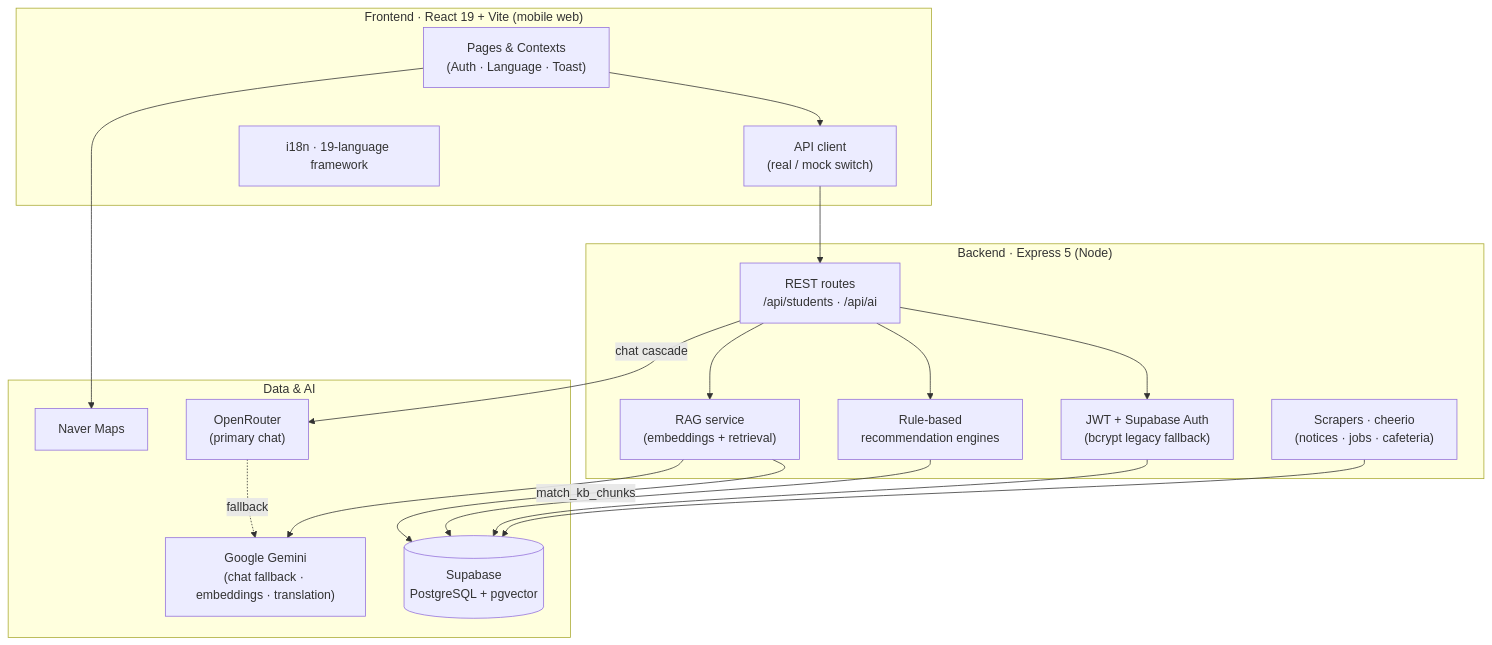
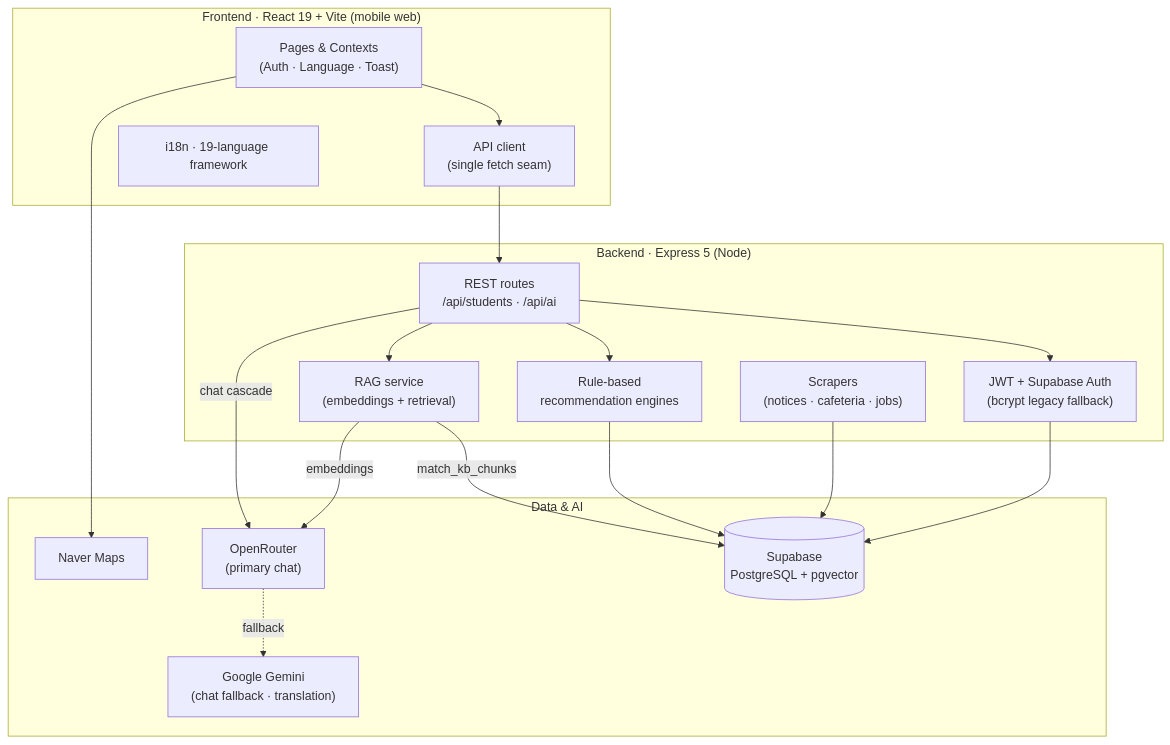
The second of 3 diagrams in README.md (Htet-Kaung-San/omo-korea), drawn with Mermaid before and after one commit. The commit also changed other lines of this file and 2 other files, not shown here.

````diff
--- a/README.md
+++ b/README.md
@@ -77,34 +161,34 @@
 ```mermaid
 flowchart TD
     subgraph Client["Frontend · React 19 + Vite (mobile web)"]
         UI["Pages & Contexts<br/>(Auth · Language · Toast)"]
-        APIClient["API client<br/>(real / mock switch)"]
+        APIClient["API client<br/>(single fetch seam)"]
         i18n["i18n · 19-language framework"]
     end
 
     subgraph Server["Backend · Express 5 (Node)"]
         Routes["REST routes<br/>/api/students · /api/ai"]
         Auth["JWT + Supabase Auth<br/>(bcrypt legacy fallback)"]
         Rec["Rule-based<br/>recommendation engines"]
         RAG["RAG service<br/>(embeddings + retrieval)"]
-        Scrapers["Scrapers · cheerio<br/>(notices · jobs · cafeteria)"]
+        Scrapers["Scrapers<br/>(notices · cafeteria · jobs)"]
     end
 
     subgraph Data["Data & AI"]
         Supa[("Supabase<br/>PostgreSQL + pgvector")]
         OpenRouter["OpenRouter<br/>(primary chat)"]
-        Gemini["Google Gemini<br/>(chat fallback · embeddings · translation)"]
+        Gemini["Google Gemini<br/>(chat fallback · translation)"]
         Naver["Naver Maps"]
     end
 
     UI --> APIClient --> Routes
     Routes --> Auth --> Supa
     Routes --> Rec --> Supa
     Routes --> RAG
     RAG -->|match_kb_chunks| Supa
-    RAG --> Gemini
+    RAG -->|embeddings| OpenRouter
     Routes -->|chat cascade| OpenRouter
     OpenRouter -.fallback.-> Gemini
     Scrapers --> Supa
     UI --> Naver
 ```
````
